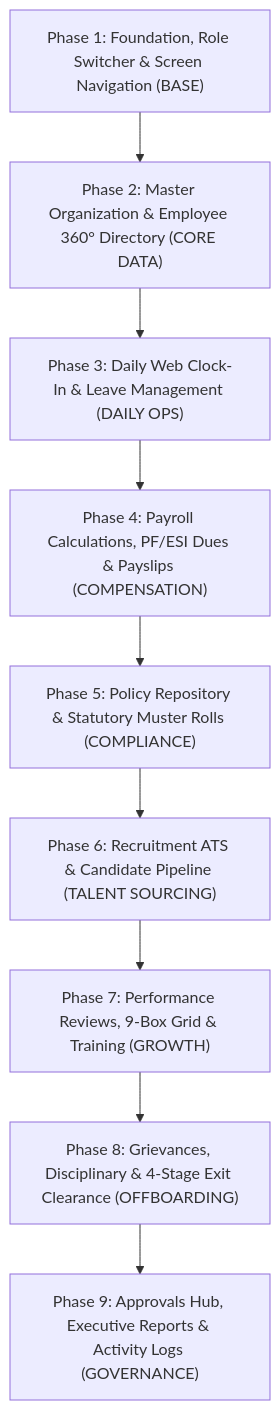
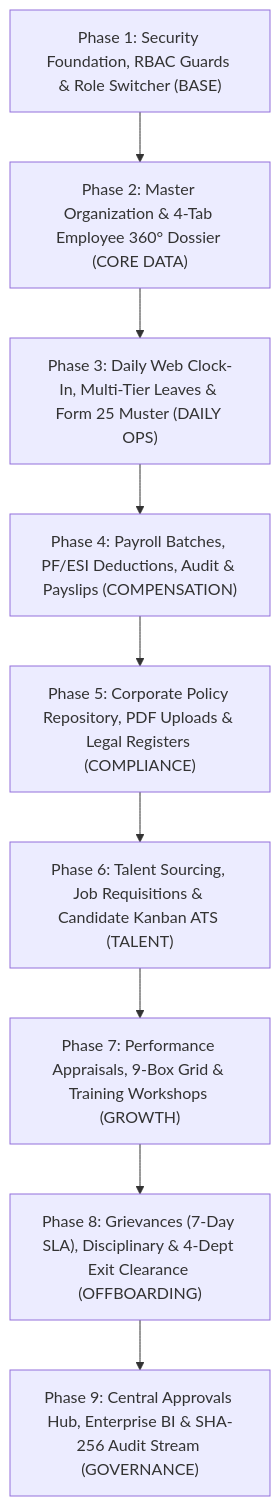
One commit to ViruzVerse-Solutions/hrms changed the first of 10 diagrams in docs/PHASE_TESTING_GUIDE.md. Above: the diagram before and after it, drawn with Mermaid. The commit also changed other lines of this file and 9 other files, not shown here.

````diff
--- a/docs/PHASE_TESTING_GUIDE.md
+++ b/docs/PHASE_TESTING_GUIDE.md
@@ -15,11 +14,11 @@
 ```mermaid
 flowchart TD
-    P1["Phase 1: Foundation, Role Switcher & Screen Navigation (BASE)"] --> P2["Phase 2: Master Organization & Employee 360° Directory (CORE DATA)"]
-    P2 --> P3["Phase 3: Daily Web Clock-In & Leave Management (DAILY OPS)"]
-    P3 --> P4["Phase 4: Payroll Calculations, PF/ESI Dues & Payslips (COMPENSATION)"]
-    P4 --> P5["Phase 5: Policy Repository & Statutory Muster Rolls (COMPLIANCE)"]
-    P5 --> P6["Phase 6: Recruitment ATS & Candidate Pipeline (TALENT SOURCING)"]
-    P6 --> P7["Phase 7: Performance Reviews, 9-Box Grid & Training (GROWTH)"]
-    P7 --> P8["Phase 8: Grievances, Disciplinary & 4-Stage Exit Clearance (OFFBOARDING)"]
-    P8 --> P9["Phase 9: Approvals Hub, Executive Reports & Activity Logs (GOVERNANCE)"]
+    P1["Phase 1: Security Foundation, RBAC Guards & Role Switcher (BASE)"] --> P2["Phase 2: Master Organization & 4-Tab Employee 360° Dossier (CORE DATA)"]
+    P2 --> P3["Phase 3: Daily Web Clock-In, Multi-Tier Leaves & Form 25 Muster (DAILY OPS)"]
+    P3 --> P4["Phase 4: Payroll Batches, PF/ESI Deductions, Audit & Payslips (COMPENSATION)"]
+    P4 --> P5["Phase 5: Corporate Policy Repository, PDF Uploads & Legal Registers (COMPLIANCE)"]
+    P5 --> P6["Phase 6: Talent Sourcing, Job Requisitions & Candidate Kanban ATS (TALENT)"]
+    P6 --> P7["Phase 7: Performance Appraisals, 9-Box Grid & Training Workshops (GROWTH)"]
+    P7 --> P8["Phase 8: Grievances (7-Day SLA), Disciplinary & 4-Dept Exit Clearance (OFFBOARDING)"]
+    P8 --> P9["Phase 9: Central Approvals Hub, Enterprise BI & SHA-256 Audit Stream (GOVERNANCE)"]
 ```
````
